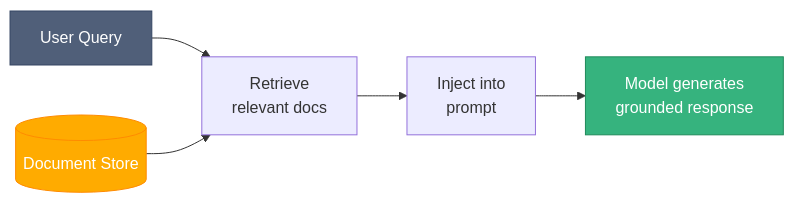
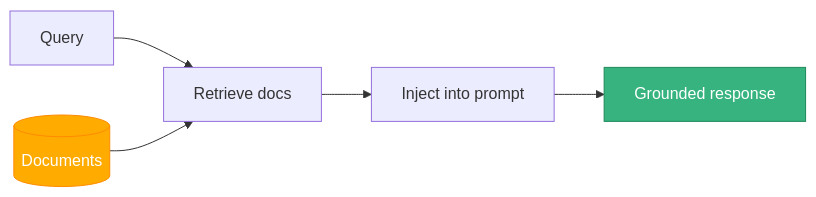
Before and after one commit to basidiocarp/.github: the fourth of 7 diagrams in docs/AI-CONCEPTS.md, drawn with Mermaid. The commit also changed other lines of this file, not shown here.

````diff
--- a/docs/AI-CONCEPTS.md
+++ b/docs/AI-CONCEPTS.md
@@ -183,11 +237,10 @@
 ```mermaid
 flowchart LR
-    Query["User Query"] --> Retrieve["Retrieve<br/>relevant docs"]
-    Retrieve --> Inject["Inject into<br/>prompt"]
-    Inject --> Model["Model generates<br/>grounded response"]
-    DB[(Document Store)] --> Retrieve
+    Query["Query"] --> Retrieve["Retrieve docs"]
+    Retrieve --> Inject["Inject into prompt"]
+    Inject --> Model["Grounded response"]
+    DB[(Documents)] --> Retrieve
 
-    style Query fill:#505f79,stroke:#344563,color:#fff
     style Model fill:#36b37e,stroke:#1f8a5a,color:#fff
     style DB fill:#ffab00,stroke:#ff8b00,color:#fff
 ```
````
